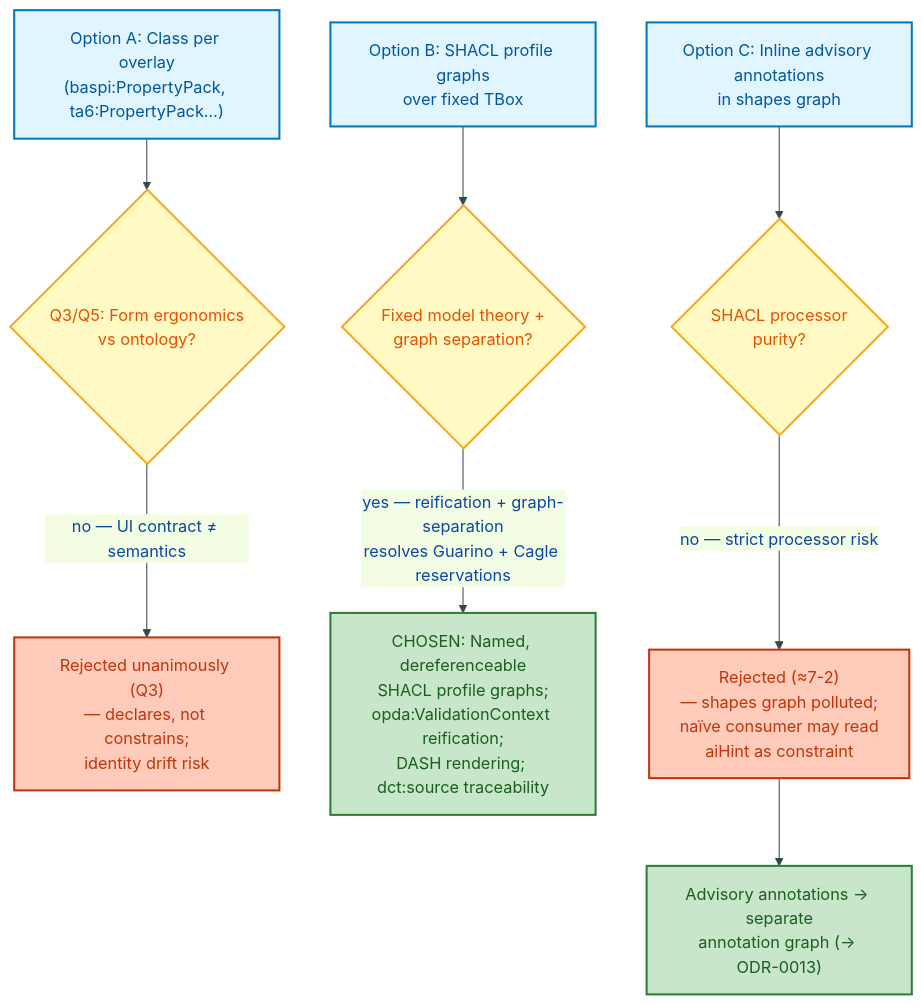
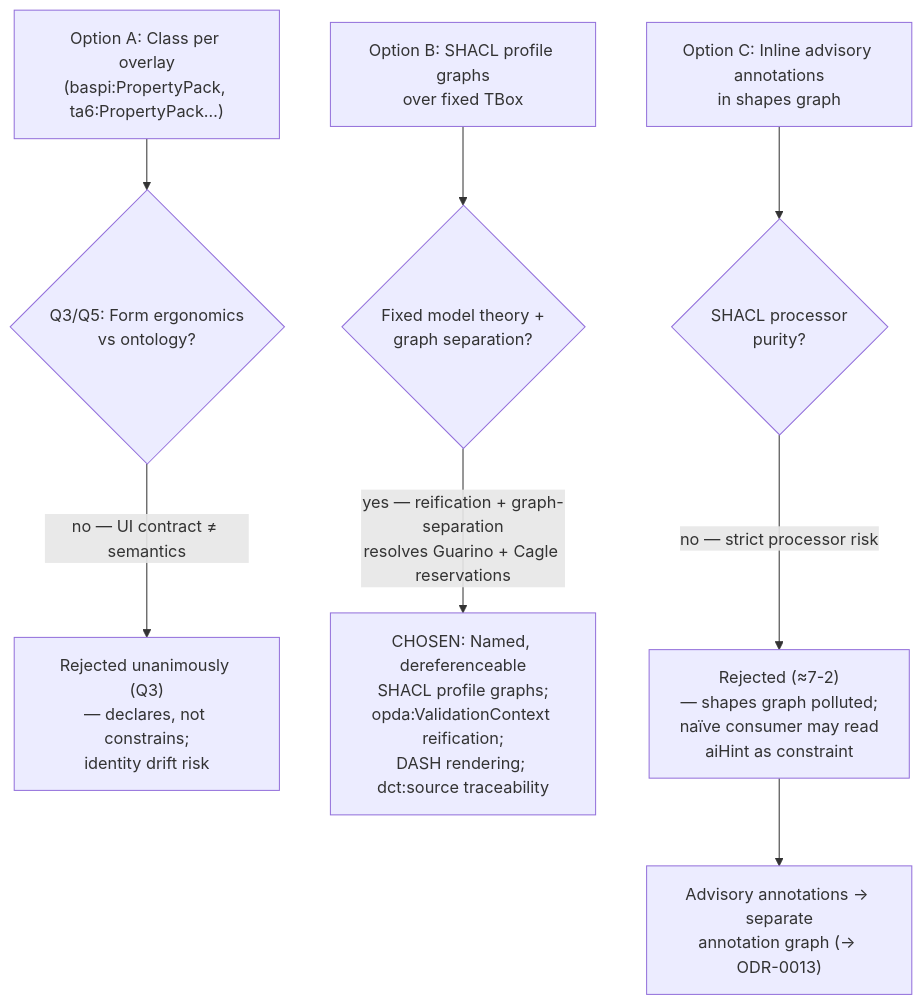
Before and after one commit to sparkling/opda: the third of 4 diagrams in docs/ontology/odr/ODR-0010-overlay-profile-mechanism.md, drawn with Mermaid. The commit also changed other lines of this file and 25 other files, not shown here.

````diff
--- a/docs/ontology/odr/ODR-0010-overlay-profile-mechanism.md
+++ b/docs/ontology/odr/ODR-0010-overlay-profile-mechanism.md
@@ -105,31 +96,26 @@
 ```mermaid
-%%{init:{"theme":"base","themeVariables":{"primaryColor":"#E3F2FD","primaryTextColor":"#0D47A1","primaryBorderColor":"#1565C0","lineColor":"#37474F"}}}%%
 flowchart TD
     accTitle: Options considered and decision reached for overlay profile mechanism
     accDescr: The three design options evaluated by the council, showing which was chosen and why the others were rejected
-    classDef process fill:#E1F5FE,stroke:#0277BD,stroke-width:2px,color:#01579B
-    classDef decision fill:#FFF9C4,stroke:#F9A825,stroke-width:2px,color:#E65100
-    classDef output fill:#C8E6C9,stroke:#2E7D32,stroke-width:2px,color:#1B5E20
-    classDef rejected fill:#FFCCBC,stroke:#BF360C,stroke-width:2px,color:#BF360C
 
     OPT1["Option A: Class per overlay<br/>(baspi:PropertyPack, ta6:PropertyPack…)"]:::process
     OPT2["Option B: SHACL profile graphs<br/>over fixed TBox"]:::process
     OPT3["Option C: Inline advisory annotations<br/>in shapes graph"]:::process
 
-    D1{"Q3/Q5: Form ergonomics<br/>vs ontology?"}:::decision
-    D2{"Fixed model theory +<br/>graph separation?"}:::decision
-    D3{"SHACL processor<br/>purity?"}:::decision
+    D1{"Q3/Q5: Form ergonomics<br/>vs ontology?"}:::warning
+    D2{"Fixed model theory +<br/>graph separation?"}:::warning
+    D3{"SHACL processor<br/>purity?"}:::warning
 
-    REJ1["Rejected unanimously (Q3)<br/>— declares, not constrains;<br/>identity drift risk"]:::rejected
-    CHOSEN["CHOSEN: Named, dereferenceable<br/>SHACL profile graphs;<br/>opda:ValidationContext reification;<br/>DASH rendering; dct:source traceability"]:::output
-    REJ3["Rejected (≈7-2)<br/>— shapes graph polluted;<br/>naïve consumer may read<br/>aiHint as constraint"]:::rejected
-    ANN["Advisory annotations → separate<br/>annotation graph (→ ODR-0013)"]:::output
+    REJ1["Rejected unanimously (Q3)<br/>— declares, not constrains;<br/>identity drift risk"]:::error
+    CHOSEN["CHOSEN: Named, dereferenceable<br/>SHACL profile graphs;<br/>opda:ValidationContext reification;<br/>DASH rendering; dct:source traceability"]:::success
+    REJ3["Rejected (≈7-2)<br/>— shapes graph polluted;<br/>naïve consumer may read<br/>aiHint as constraint"]:::error
+    ANN["Advisory annotations → separate<br/>annotation graph (→ ODR-0013)"]:::success
 
     OPT1 --> D1
     D1 -->|"no — UI contract ≠ semantics"| REJ1
     OPT2 --> D2
     D2 -->|"yes — reification + graph-separation<br/>resolves Guarino + Cagle reservations"| CHOSEN
     OPT3 --> D3
     D3 -->|"no — strict processor risk"| REJ3
     REJ3 --> ANN
 ```
````
